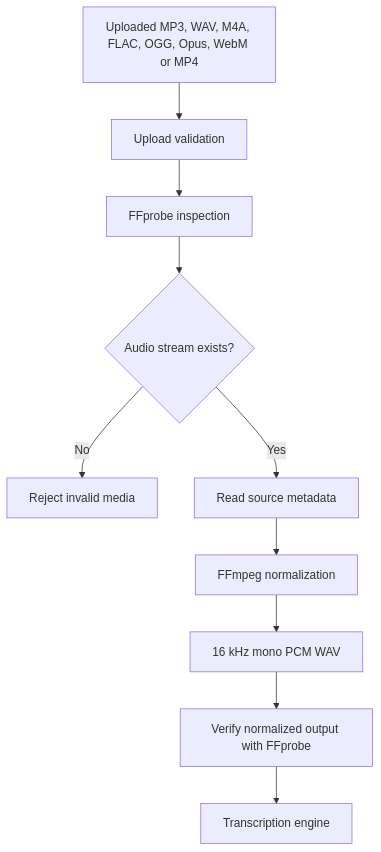
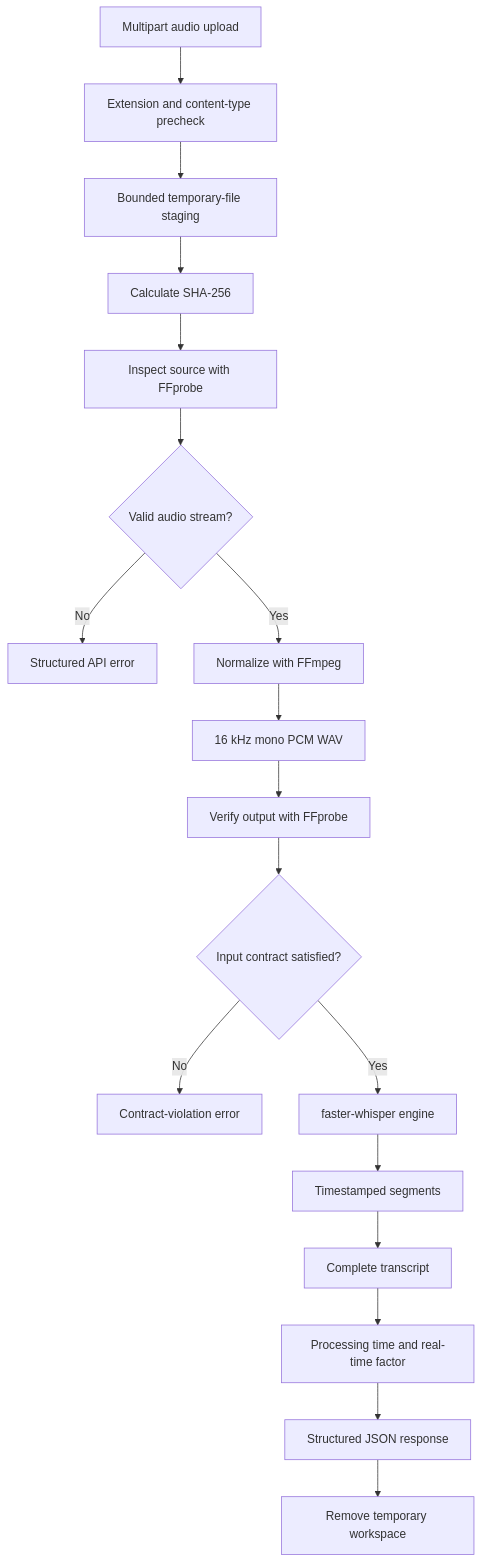
Before and after one commit to aizazmahmood/speech-transcription-service: the second of 5 diagrams in README.md, drawn with Mermaid. The commit also changed other lines of this file and 16 other files, not shown here.

Commit message:
feat: add timestamped transcription pipeline

````diff
--- a/README.md
+++ b/README.md
@@ -55,16 +77,25 @@
 ```mermaid
 flowchart TD
-    Input[Uploaded MP3, WAV, M4A, FLAC, OGG, Opus, WebM or MP4]
+    Upload[Multipart audio upload]
+    Upload --> Precheck[Extension and content-type precheck]
+    Precheck --> Stage[Bounded temporary-file staging]
+    Stage --> Hash[Calculate SHA-256]
+    Hash --> SourceProbe[Inspect source with FFprobe]
 
-    Input --> UploadValidation[Upload validation]
-    UploadValidation --> FFprobe[FFprobe inspection]
+    SourceProbe --> Valid{Valid audio stream?}
+    Valid -->|No| Error[Structured API error]
+    Valid -->|Yes| Normalize[Normalize with FFmpeg]
 
-    FFprobe --> AudioStream{Audio stream exists?}
-    AudioStream -->|No| Invalid[Reject invalid media]
-    AudioStream -->|Yes| SourceMetadata[Read source metadata]
+    Normalize --> Normalized[16 kHz mono PCM WAV]
+    Normalized --> Verify[Verify output with FFprobe]
+    Verify --> Contract{Input contract satisfied?}
 
-    SourceMetadata --> FFmpeg[FFmpeg normalization]
-    FFmpeg --> Normalized[16 kHz mono PCM WAV]
-    Normalized --> Verify[Verify normalized output with FFprobe]
-    Verify --> Transcription[Transcription engine]
+    Contract -->|No| ContractError[Contract-violation error]
+    Contract -->|Yes| Whisper[faster-whisper engine]
+
+    Whisper --> Segments[Timestamped segments]
+    Segments --> Transcript[Complete transcript]
+    Transcript --> Metrics[Processing time and real-time factor]
+    Metrics --> Response[Structured JSON response]
+    Response --> Cleanup[Remove temporary workspace]
 ```
````
